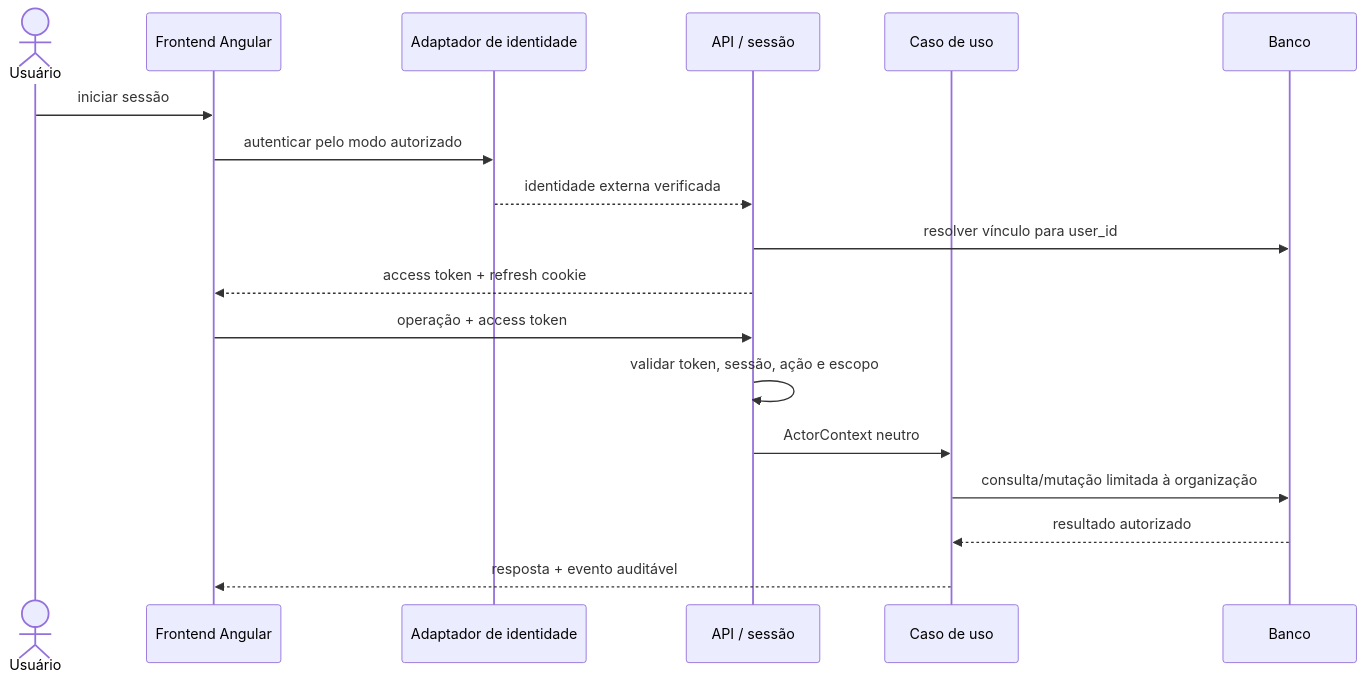
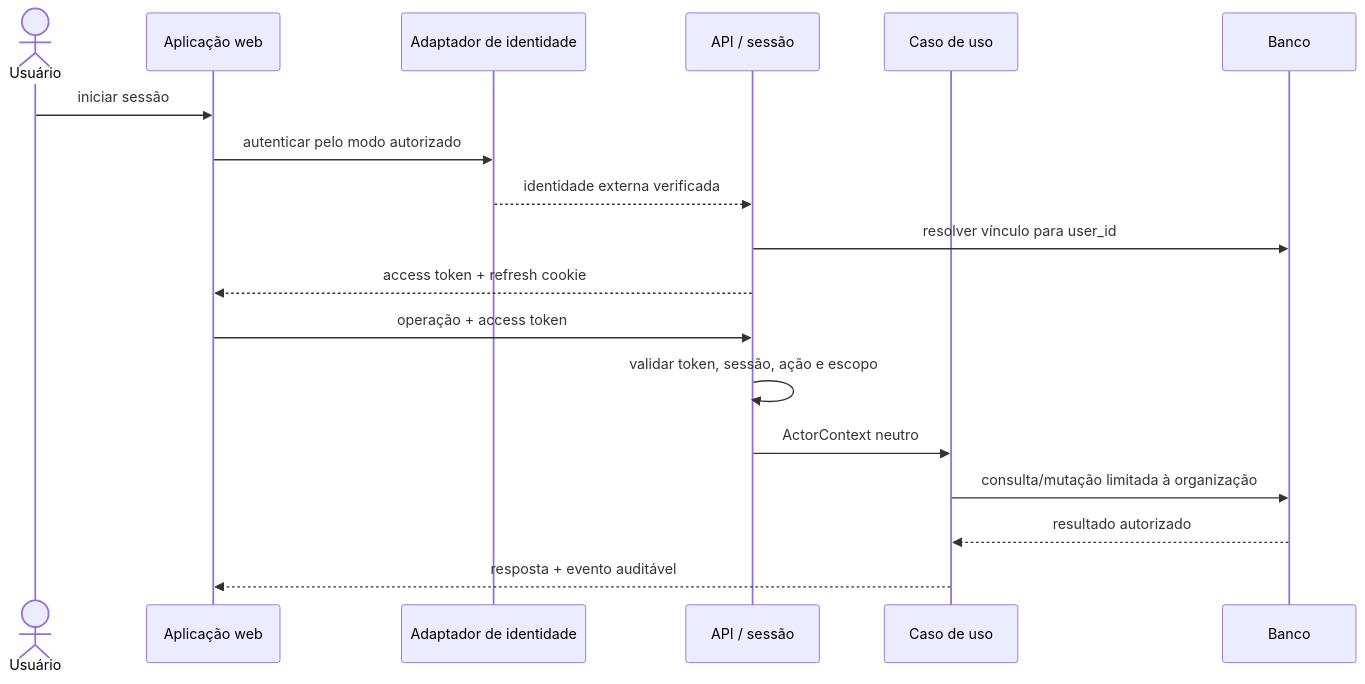
Before and after one commit to g-f307/synergia: the diagram in docs/adr/0001-identity-strategy.md, drawn with Mermaid. The commit also changed 62 other files, not shown here.

````diff
--- a/docs/adr/0001-identity-strategy.md
+++ b/docs/adr/0001-identity-strategy.md
@@ -103,20 +103,20 @@
 ```mermaid
 sequenceDiagram
     actor U as Usuário
-    participant F as Frontend Angular
+    participant F as Aplicação web
     participant P as Adaptador de identidade
     participant A as API / sessão
     participant D as Caso de uso
     participant B as Banco
     U->>F: iniciar sessão
     F->>P: autenticar pelo modo autorizado
     P-->>A: identidade externa verificada
     A->>B: resolver vínculo para user_id
     A-->>F: access token + refresh cookie
     F->>A: operação + access token
     A->>A: validar token, sessão, ação e escopo
     A->>D: ActorContext neutro
     D->>B: consulta/mutação limitada à organização
     B-->>D: resultado autorizado
     D-->>F: resposta + evento auditável
 ```
````
